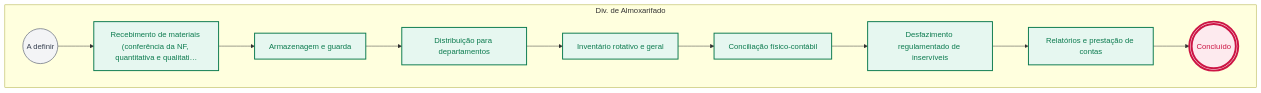
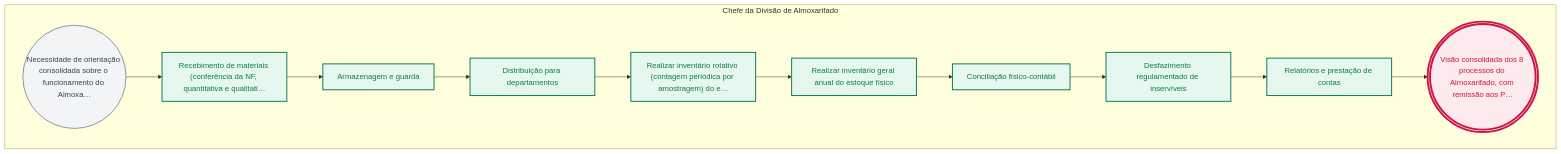
Before and after one commit to jessefers/canvas-vivo-atdg: the second of 2 diagrams in pops/ALM/ALM-00.md, drawn with Mermaid. The commit also changed other lines of this file and 3 other files, not shown here.

````diff
--- a/pops/ALM/ALM-00.md
+++ b/pops/ALM/ALM-00.md
@@ -123,32 +151,34 @@
 ```mermaid
 flowchart LR
-  subgraph R1["Div. de Almoxarifado"]
+  subgraph R1["Chefe da Divisão de Almoxarifado"]
     direction LR
-    e1(("A definir"))
+    e1(("Necessidade de orientação consolidada sobre o funcionamento do Almoxa…"))
     e2["Recebimento de materiais (conferência da NF, quantitativa e qualitati…"]
     e3["Armazenagem e guarda"]
     e4["Distribuição para departamentos"]
-    e5["Inventário rotativo e geral"]
-    e6["Conciliação físico-contábil"]
-    e7["Desfazimento regulamentado de inservíveis"]
-    e8["Relatórios e prestação de contas"]
-    e9((("Concluído")))
+    e5["Realizar inventário rotativo (contagem periódica por amostragem) do e…"]
+    e6["Realizar inventário geral anual do estoque físico"]
+    e7["Conciliação físico-contábil"]
+    e8["Desfazimento regulamentado de inservíveis"]
+    e9["Relatórios e prestação de contas"]
+    e10((("Visão consolidada dos 8 processos do Almoxarifado, com remissão aos P…")))
   end
   e1 --> e2
   e2 --> e3
   e3 --> e4
   e4 --> e5
   e5 --> e6
   e6 --> e7
   e7 --> e8
   e8 --> e9
+  e9 --> e10
   classDef inicio fill:#f3f4f6,stroke:#6b7280,stroke-width:1.5px,color:#374151
   classDef atividade fill:#E6F7F0,stroke:#0B7A4E,stroke-width:2px,color:#0B7A4E
   classDef decisao fill:#FFF4ED,stroke:#C9783A,stroke-width:2px,color:#C9783A
   classDef fim fill:#FDEAEE,stroke:#CC1544,stroke-width:4px,color:#CC1544
   classDef pausa fill:#FDEAEE,stroke:#CC1544,stroke-width:2px,color:#CC1544
   classDef captura fill:#E0F2F8,stroke:#0B4D66,stroke-width:2px,color:#0B4D66
   class e1 inicio
-  class e2,e3,e4,e5,e6,e7,e8 atividade
-  class e9 fim
+  class e2,e3,e4,e5,e6,e7,e8,e9 atividade
+  class e10 fim
 ```
````
